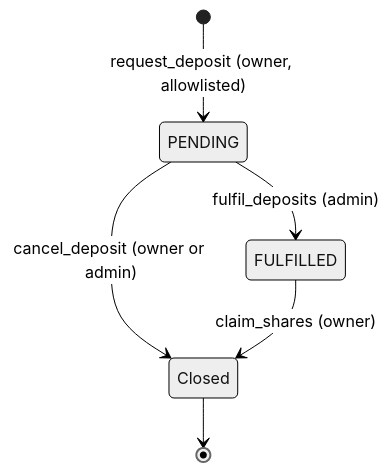
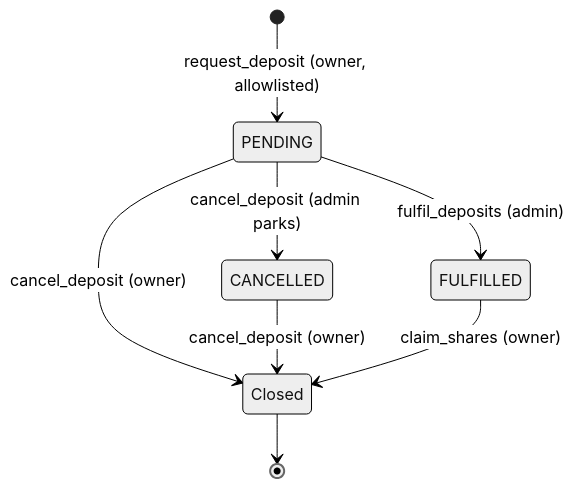
One commit to mutav-finance/mutav-protocol-solana changed the third of 5 diagrams in docs/architecture/state-machines.md. Above: the diagram before and after it, drawn with Mermaid (neutral theme). The commit also changed other lines of this file and 3 other files, not shown here.

````diff
--- a/docs/architecture/state-machines.md
+++ b/docs/architecture/state-machines.md
@@ -79,8 +79,10 @@
 ```mermaid
 stateDiagram-v2
   [*] --> PENDING: request_deposit (owner, allowlisted)
   PENDING --> FULFILLED: fulfil_deposits (admin)
-  PENDING --> Closed: cancel_deposit (owner or admin)
+  PENDING --> Closed: cancel_deposit (owner)
+  PENDING --> CANCELLED: cancel_deposit (admin parks)
+  CANCELLED --> Closed: cancel_deposit (owner)
   FULFILLED --> Closed: claim_shares (owner)
   Closed --> [*]
 ```
````
